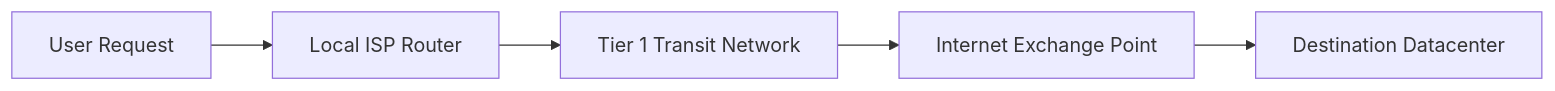
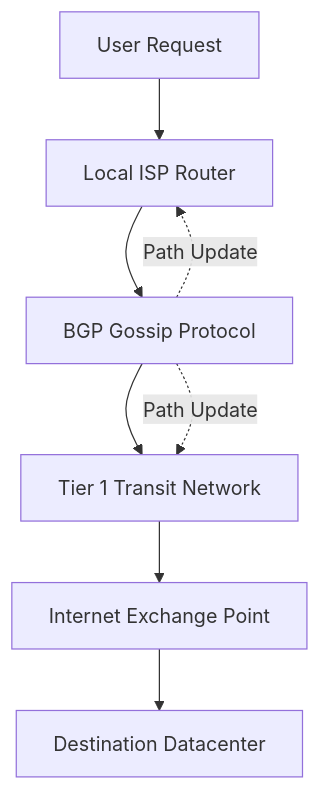
The diagram in drishti/studies/INTERNET_ROUTING/README.md (07AMIT10/chaitra), drawn with Mermaid before and after one commit. The commit also changed other lines of this file and 127 other files, not shown here.

````diff
--- a/drishti/studies/INTERNET_ROUTING/README.md
+++ b/drishti/studies/INTERNET_ROUTING/README.md
@@ -13,7 +17,11 @@
 ```mermaid
-flowchart LR
+flowchart TD
   User[User Request] --> ISP[Local ISP Router]
-  ISP --> Transit[Tier 1 Transit Network]
+  ISP --> BGP[BGP Gossip Protocol]
+  BGP --> Transit[Tier 1 Transit Network]
   Transit --> IXP[Internet Exchange Point]
   IXP --> Dest[Destination Datacenter]
+
+  BGP -.->|Path Update| ISP
+  BGP -.->|Path Update| Transit
 ```
````
